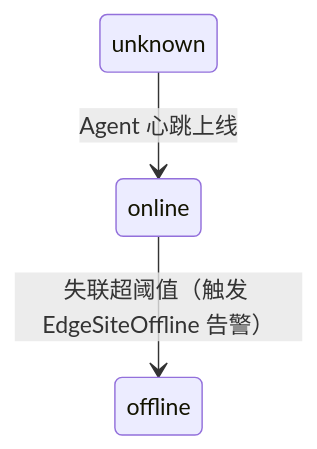
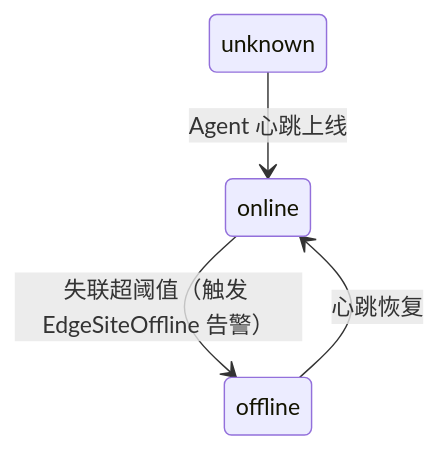
Before and after one commit to vickiechen1128/CNCF_Monitor: the ninth of 10 diagrams in docs/02-product-requirements/Modules/Module_09_Network_Domain_and_Edge_Config_Center.md, drawn with Mermaid. The commit also changed other lines of this file and 1 other file, not shown here.

Commit message:
docs(module-09): M09 §8.3/§8.4 补 5 列状态表（对齐 §8.1/§8.5 范式）+ §8.4 补 offline→online 恢复边；DD 记录 ScrapeJob 草稿版本跨模块冲突（M01 v0.3 vs M09 {v0.2}，待裁决未擅改）

````diff
--- a/docs/02-product-requirements/Modules/Module_09_Network_Domain_and_Edge_Config_Center.md
+++ b/docs/02-product-requirements/Modules/Module_09_Network_Domain_and_Edge_Config_Center.md
@@ -1313,5 +1322,6 @@
 ```mermaid
 stateDiagram-v2
     unknown --> online: Agent 心跳上线
     online --> offline: 失联超阈值（触发 EdgeSiteOffline 告警）
+    offline --> online: 心跳恢复
 ```
````
